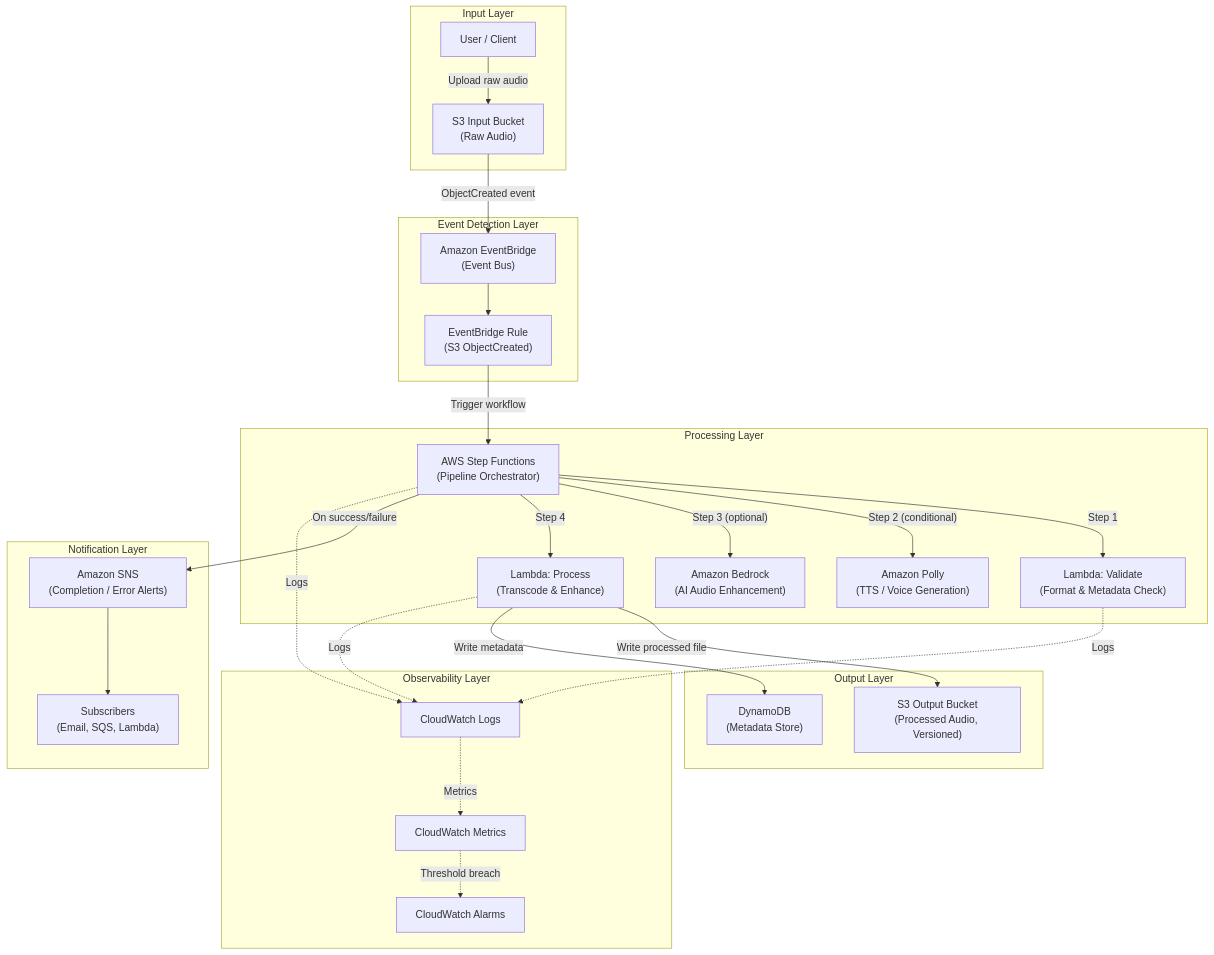
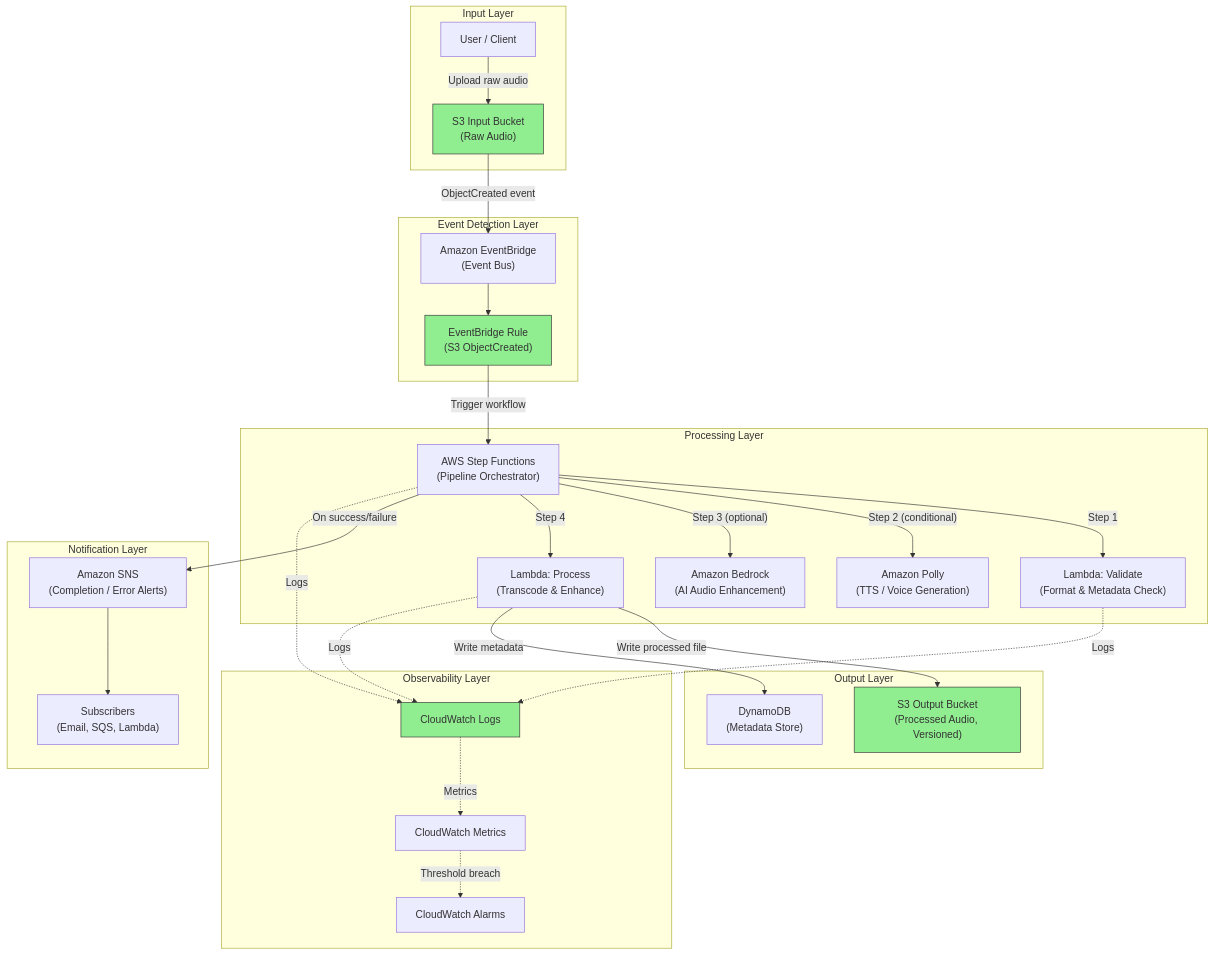
One commit to obstreperous-ai/cdk-sleep-py-kiro changed the diagram in ARCHITECTURE.md. Above: the diagram before and after it, drawn with Mermaid. The commit also changed other lines of this file and 6 other files, not shown here.

First line of the commit message:
feat: add S3 input/output buckets and EventBridge rule with TDD

````diff
--- a/ARCHITECTURE.md
+++ b/ARCHITECTURE.md
@@ -21,57 +42,62 @@
 ```mermaid
 flowchart TD
     subgraph Input["Input Layer"]
         User["User / Client"]
         InputBucket["S3 Input Bucket<br/>(Raw Audio)"]
     end
 
     subgraph Events["Event Detection Layer"]
         EB["Amazon EventBridge<br/>(Event Bus)"]
         Rule["EventBridge Rule<br/>(S3 ObjectCreated)"]
     end
 
     subgraph Processing["Processing Layer"]
         SF["AWS Step Functions<br/>(Pipeline Orchestrator)"]
         Validate["Lambda: Validate<br/>(Format & Metadata Check)"]
         Polly["Amazon Polly<br/>(TTS / Voice Generation)"]
         Bedrock["Amazon Bedrock<br/>(AI Audio Enhancement)"]
         Process["Lambda: Process<br/>(Transcode & Enhance)"]
     end
 
     subgraph Output["Output Layer"]
         OutputBucket["S3 Output Bucket<br/>(Processed Audio, Versioned)"]
         DDB["DynamoDB<br/>(Metadata Store)"]
     end
 
     subgraph Notifications["Notification Layer"]
         SNS["Amazon SNS<br/>(Completion / Error Alerts)"]
         Subscribers["Subscribers<br/>(Email, SQS, Lambda)"]
     end
 
     subgraph Observability["Observability Layer"]
         CWLogs["CloudWatch Logs"]
         CWMetrics["CloudWatch Metrics"]
         CWAlarms["CloudWatch Alarms"]
     end
 
     User -->|"Upload raw audio"| InputBucket
     InputBucket -->|"ObjectCreated event"| EB
     EB --> Rule
     Rule -->|"Trigger workflow"| SF
 
     SF -->|"Step 1"| Validate
     SF -->|"Step 2 (conditional)"| Polly
     SF -->|"Step 3 (optional)"| Bedrock
     SF -->|"Step 4"| Process
 
     Process -->|"Write processed file"| OutputBucket
     Process -->|"Write metadata"| DDB
     SF -->|"On success/failure"| SNS
     SNS --> Subscribers
 
     SF -.->|"Logs"| CWLogs
     Validate -.->|"Logs"| CWLogs
     Process -.->|"Logs"| CWLogs
     CWLogs -.->|"Metrics"| CWMetrics
     CWMetrics -.->|"Threshold breach"| CWAlarms
+
+    style InputBucket fill:#90EE90,stroke:#333
+    style OutputBucket fill:#90EE90,stroke:#333
+    style Rule fill:#90EE90,stroke:#333
+    style CWLogs fill:#90EE90,stroke:#333
 ```
````
